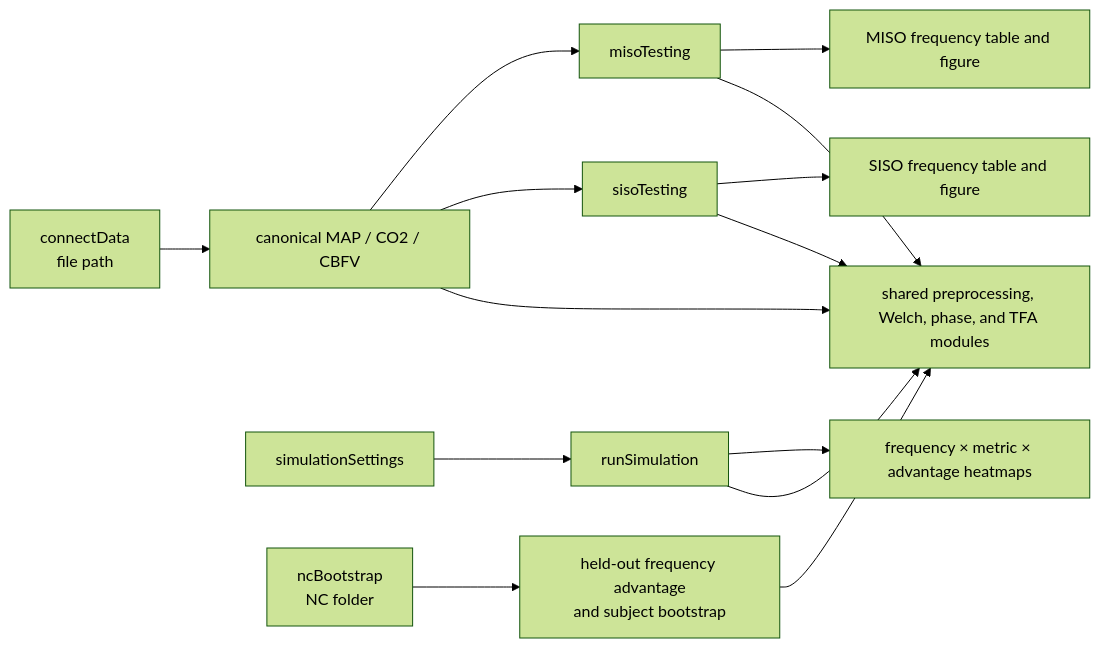
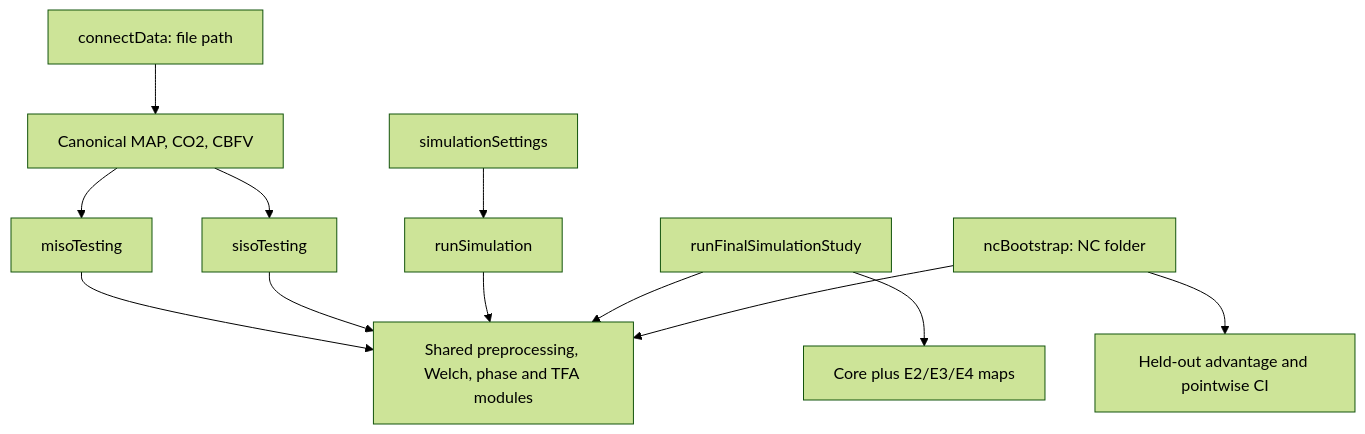
One commit to amgn-code/Cerebral-Hemodynamics-MISO-TFA changed the diagram in miso_tfa/docs/WORKFLOW.md. Above: the diagram before and after it, drawn with Mermaid (forest theme). The commit also changed other lines of this file and 575 other files, not shown here.

````diff
--- a/miso_tfa/docs/WORKFLOW.md
+++ b/miso_tfa/docs/WORKFLOW.md
@@ -6,16 +7,14 @@
 ```mermaid
-flowchart LR
-    A[connectData<br/>file path] --> B[canonical MAP / CO2 / CBFV]
+flowchart TB
+    A[connectData: file path] --> B[Canonical MAP, CO2, CBFV]
     B --> C[misoTesting]
     B --> D[sisoTesting]
-    C --> E[MISO frequency table and figure]
-    D --> F[SISO frequency table and figure]
-    G[simulationSettings] --> H[runSimulation]
-    H --> I[frequency × metric × advantage heatmaps]
-    J[ncBootstrap<br/>NC folder] --> K[held-out frequency advantage<br/>and subject bootstrap]
-    B --> L[shared preprocessing, Welch, phase, and TFA modules]
-    C --> L
-    D --> L
-    H --> L
-    K --> L
+    E[simulationSettings] --> F[runSimulation]
+    G[runFinalSimulationStudy] --> H[Core plus E2/E3/E4 maps]
+    I[ncBootstrap: NC folder] --> J[Held-out advantage and pointwise CI]
+    C --> K[Shared preprocessing, Welch, phase and TFA modules]
+    D --> K
+    F --> K
+    G --> K
+    I --> K
 ```
````
